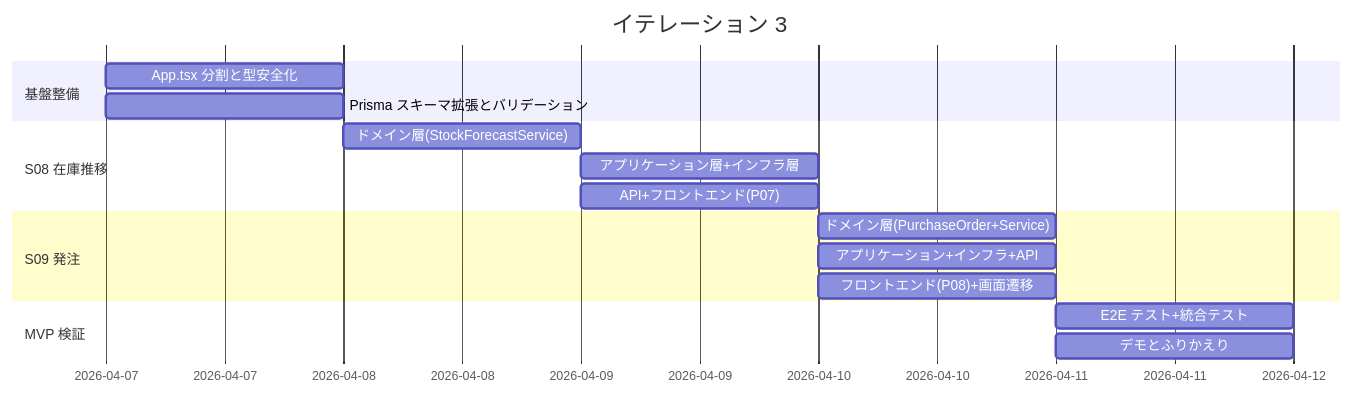
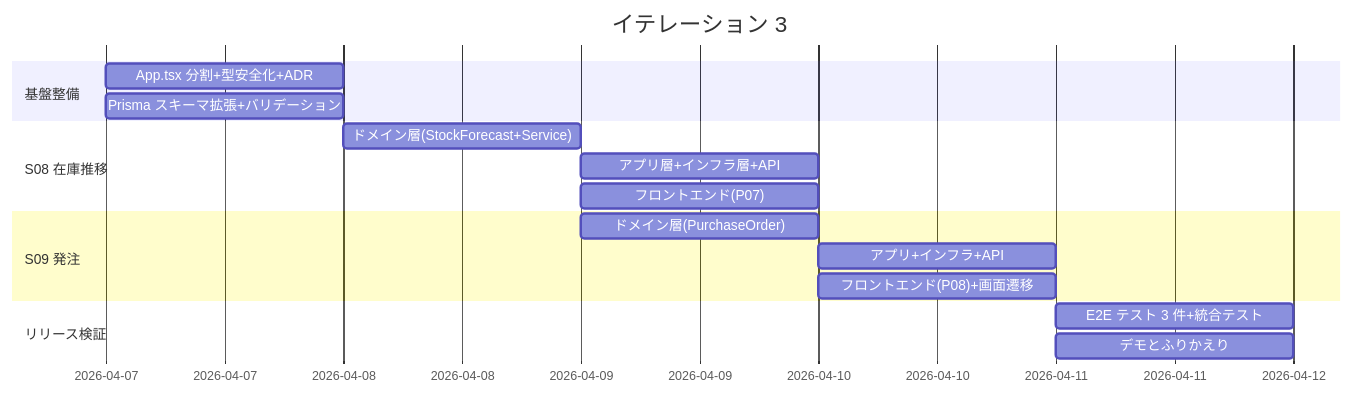
One commit to k2works/case-study-sdd-development changed the first of 5 diagrams in docs/development/iteration_plan-3.md. Above: the diagram before and after it, drawn with Mermaid. The commit also changed other lines of this file, not shown here.

````diff
--- a/docs/development/iteration_plan-3.md
+++ b/docs/development/iteration_plan-3.md
@@ -158,19 +178,19 @@
 ```mermaid
 gantt
     title イテレーション 3
     dateFormat  YYYY-MM-DD
     section 基盤整備
-    App.tsx 分割と型安全化               :d1, 2026-04-07, 1d
-    Prisma スキーマ拡張とバリデーション  :d2, 2026-04-07, 1d
+    App.tsx 分割+型安全化+ADR            :d1, 2026-04-07, 1d
+    Prisma スキーマ拡張+バリデーション   :d2, 2026-04-07, 1d
     section S08 在庫推移
-    ドメイン層(StockForecastService)     :d3, 2026-04-08, 1d
-    アプリケーション層+インフラ層        :d4, 2026-04-09, 1d
-    API+フロントエンド(P07)              :d5, 2026-04-09, 1d
+    ドメイン層(StockForecast+Service)    :d3, 2026-04-08, 1d
+    アプリ層+インフラ層+API              :d4, 2026-04-09, 1d
+    フロントエンド(P07)                  :d5, 2026-04-09, 1d
     section S09 発注
-    ドメイン層(PurchaseOrder+Service)    :d6, 2026-04-10, 1d
-    アプリケーション+インフラ+API        :d7, 2026-04-10, 1d
+    ドメイン層(PurchaseOrder)            :d6, 2026-04-09, 1d
+    アプリ+インフラ+API                  :d7, 2026-04-10, 1d
     フロントエンド(P08)+画面遷移         :d8, 2026-04-10, 1d
-    section MVP 検証
-    E2E テスト+統合テスト               :d9, 2026-04-11, 1d
+    section リリース検証
+    E2E テスト 3 件+統合テスト           :d9, 2026-04-11, 1d
     デモとふりかえり                     :d10, 2026-04-11, 1d
 ```
````
